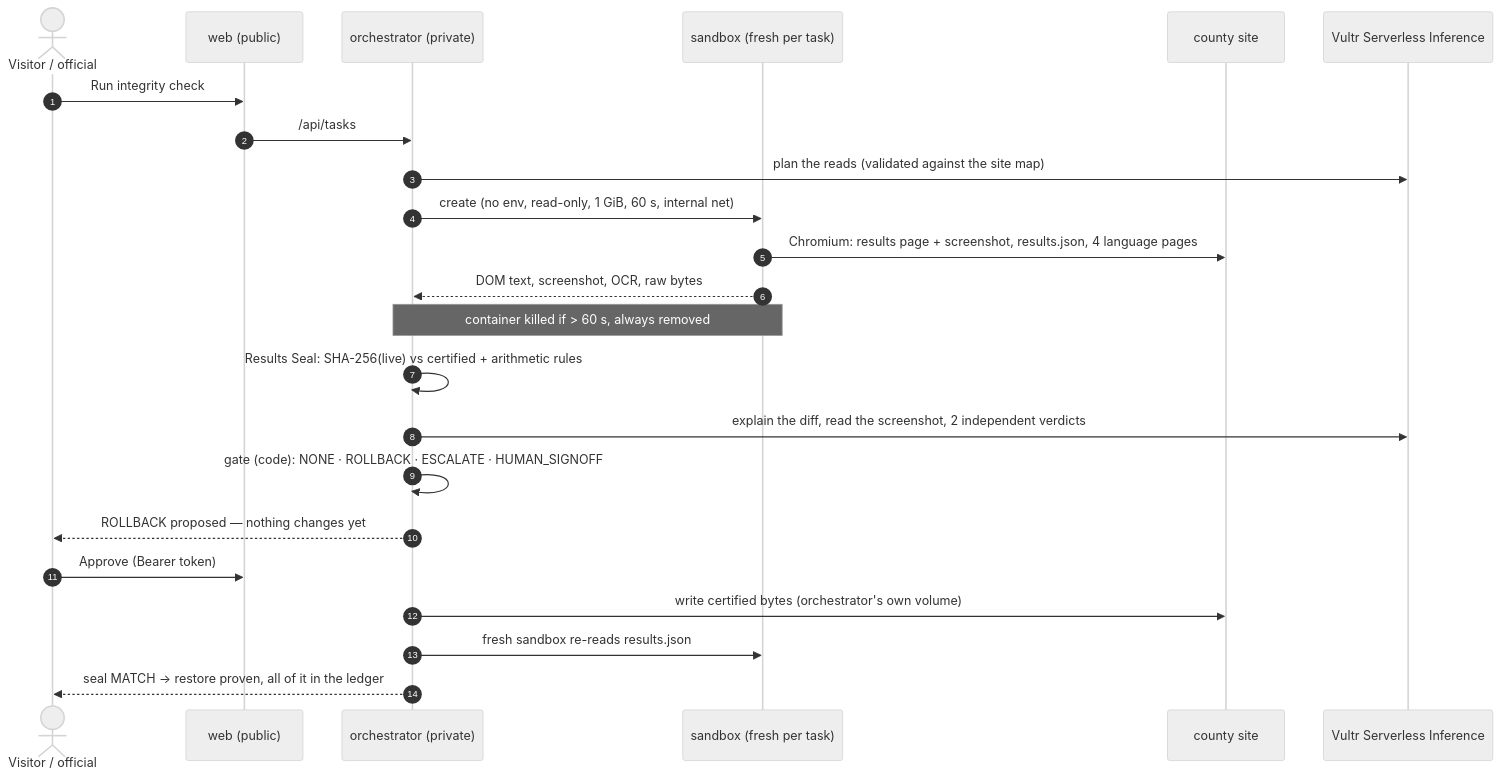
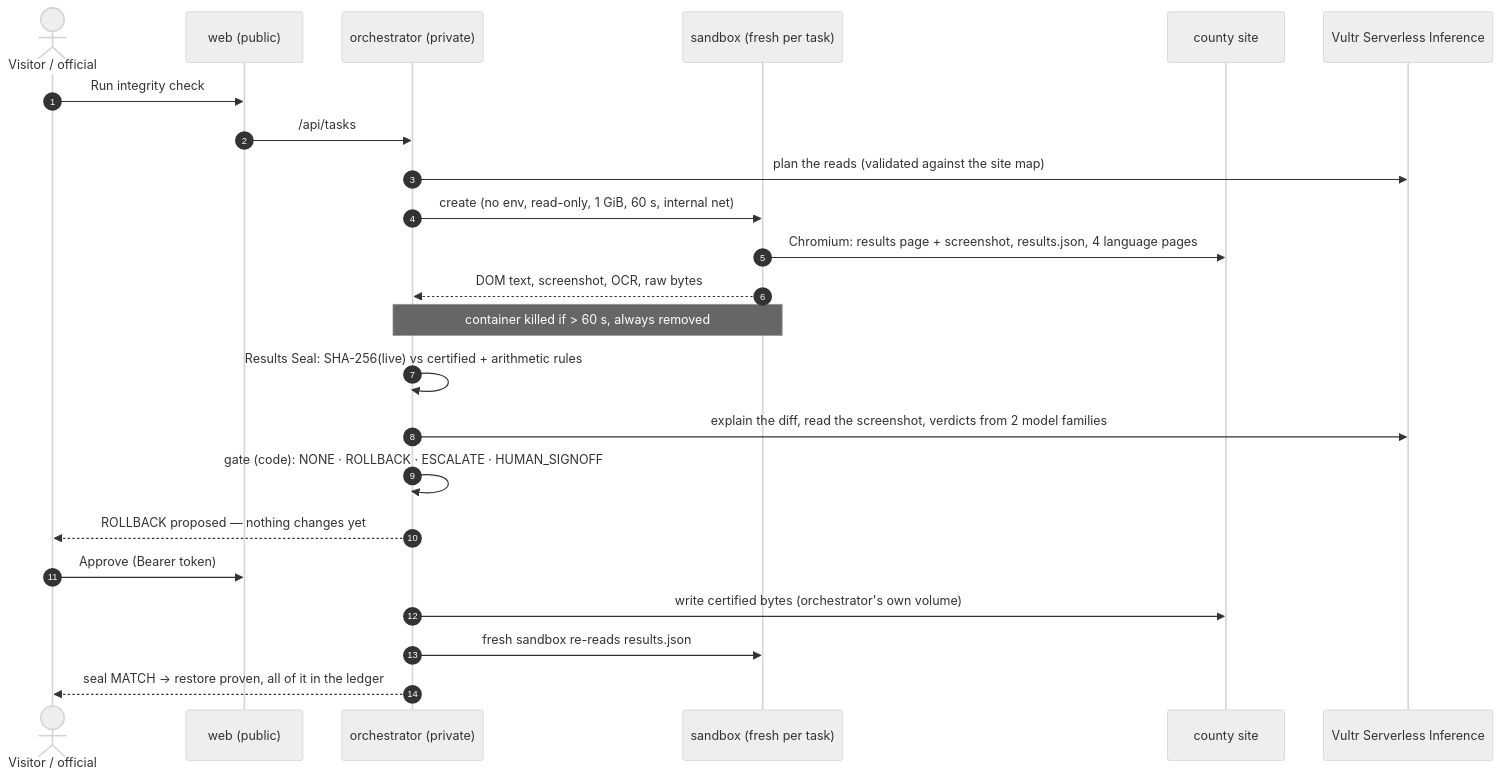
The first of 2 diagrams in README.md (nguyenhuulong2222/eig-agent-rush), drawn with Mermaid (neutral theme) before and after one commit. The commit also changed other lines of this file and 8 other files, not shown here.

````diff
--- a/README.md
+++ b/README.md
@@ -36,25 +36,25 @@
 ```mermaid
 sequenceDiagram
     autonumber
     actor V as Visitor / official
     participant W as web (public)
     participant O as orchestrator (private)
     participant S as sandbox (fresh per task)
     participant K as county site
     participant AI as Vultr Serverless Inference
     V->>W: Run integrity check
     W->>O: /api/tasks
     O->>AI: plan the reads (validated against the site map)
     O->>S: create (no env, read-only, 1 GiB, 60 s, internal net)
     S->>K: Chromium: results page + screenshot, results.json, 4 language pages
     S-->>O: DOM text, screenshot, OCR, raw bytes
     Note over O,S: container killed if > 60 s, always removed
     O->>O: Results Seal: SHA-256(live) vs certified + arithmetic rules
-    O->>AI: explain the diff, read the screenshot, 2 independent verdicts
+    O->>AI: explain the diff, read the screenshot, verdicts from 2 model families
     O->>O: gate (code): NONE · ROLLBACK · ESCALATE · HUMAN_SIGNOFF
     O-->>V: ROLLBACK proposed — nothing changes yet
     V->>W: Approve (Bearer token)
     O->>K: write certified bytes (orchestrator's own volume)
     O->>S: fresh sandbox re-reads results.json
     O-->>V: seal MATCH → restore proven, all of it in the ledger
 ```
````
